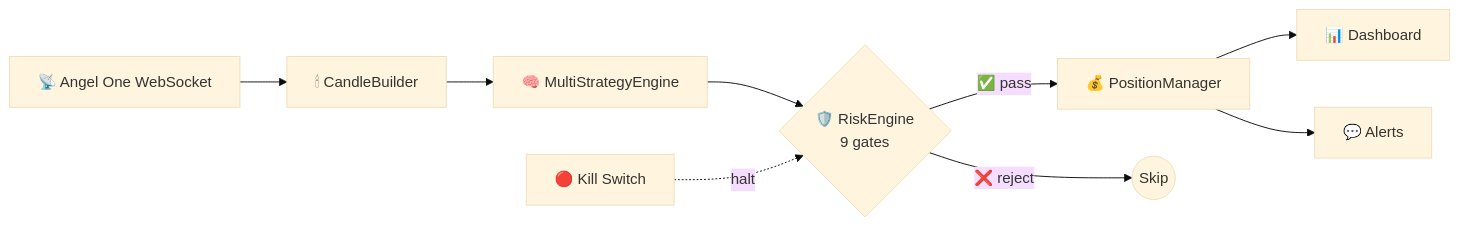
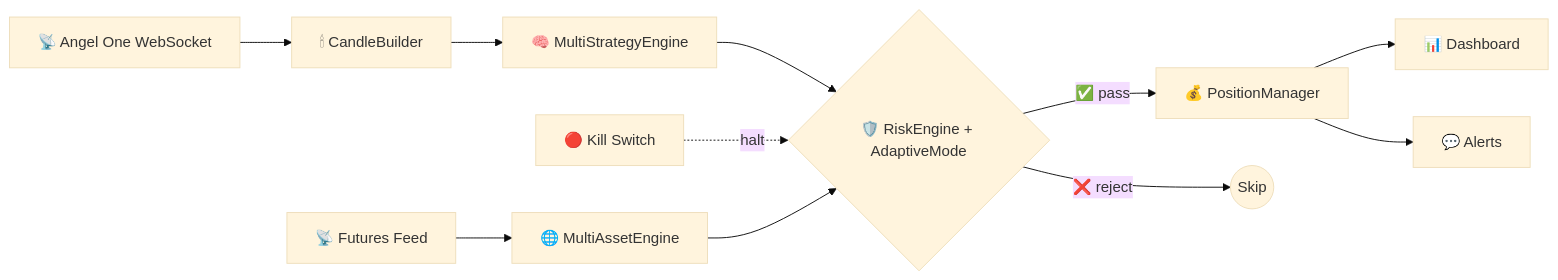
The diagram in README.md (mimran-khan/deltaforge), drawn with Mermaid (base theme) before and after one commit. The commit also changed other lines of this file and 60 other files, not shown here.

First line of the commit message:
feat: multi-asset trading, adaptive risk, and daily loss limit tuning

````diff
--- a/README.md
+++ b/README.md
@@ -129,11 +131,13 @@
 ```mermaid
 graph LR
     A["📡 Angel One WebSocket"] --> B["🕯 CandleBuilder"]
     B --> C["🧠 MultiStrategyEngine"]
-    C --> D{"🛡️ RiskEngine\n9 gates"}
+    C --> D{"🛡️ RiskEngine + AdaptiveMode"}
     D -->|"✅ pass"| E["💰 PositionManager"]
     D -->|"❌ reject"| F(("Skip"))
     E --> G["📊 Dashboard"]
     E --> H["💬 Alerts"]
     I["🔴 Kill Switch"] -.->|"halt"| D
+    J["📡 Futures Feed"] --> K["🌐 MultiAssetEngine"]
+    K --> D
 ```
````
